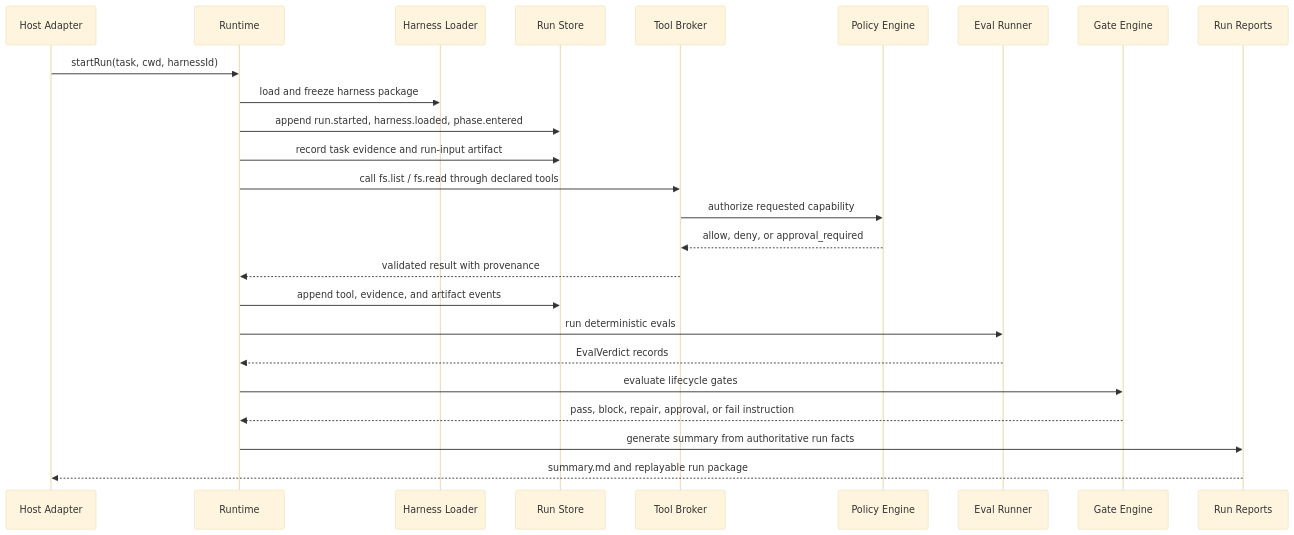
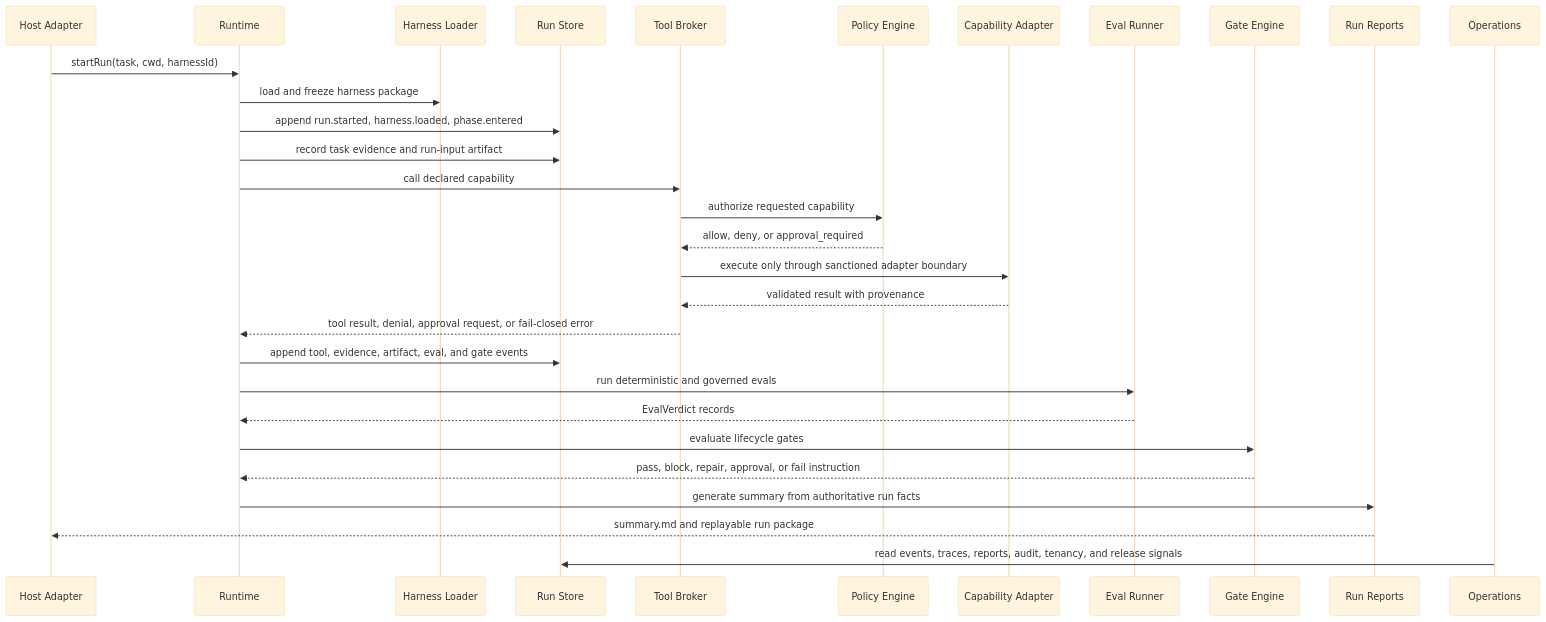
Before and after one commit to NikolaCehic/Specwright: the third of 3 diagrams in README.md, drawn with Mermaid (base theme). The commit also changed other lines of this file, not shown here.

````diff
--- a/README.md
+++ b/README.md
@@ -109,28 +125,33 @@
 ```mermaid
 sequenceDiagram
   participant Host as Host Adapter
   participant Runtime as Runtime
   participant Loader as Harness Loader
   participant Store as Run Store
   participant Broker as Tool Broker
   participant Policy as Policy Engine
+  participant Capability as Capability Adapter
   participant Eval as Eval Runner
   participant Gate as Gate Engine
   participant Report as Run Reports
+  participant Ops as Operations
 
   Host->>Runtime: startRun(task, cwd, harnessId)
   Runtime->>Loader: load and freeze harness package
   Runtime->>Store: append run.started, harness.loaded, phase.entered
   Runtime->>Store: record task evidence and run-input artifact
-  Runtime->>Broker: call fs.list / fs.read through declared tools
+  Runtime->>Broker: call declared capability
   Broker->>Policy: authorize requested capability
   Policy-->>Broker: allow, deny, or approval_required
-  Broker-->>Runtime: validated result with provenance
-  Runtime->>Store: append tool, evidence, and artifact events
-  Runtime->>Eval: run deterministic evals
+  Broker->>Capability: execute only through sanctioned adapter boundary
+  Capability-->>Broker: validated result with provenance
+  Broker-->>Runtime: tool result, denial, approval request, or fail-closed error
+  Runtime->>Store: append tool, evidence, artifact, eval, and gate events
+  Runtime->>Eval: run deterministic and governed evals
   Eval-->>Runtime: EvalVerdict records
   Runtime->>Gate: evaluate lifecycle gates
   Gate-->>Runtime: pass, block, repair, approval, or fail instruction
   Runtime->>Report: generate summary from authoritative run facts
   Report-->>Host: summary.md and replayable run package
+  Ops->>Store: read events, traces, reports, audit, tenancy, and release signals
 ```
````
